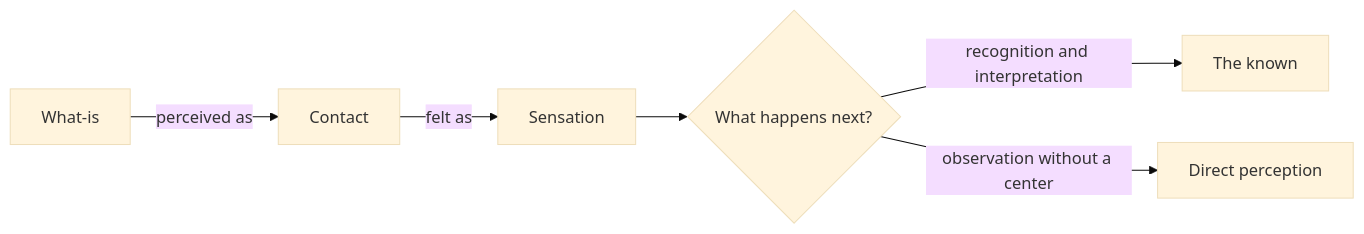
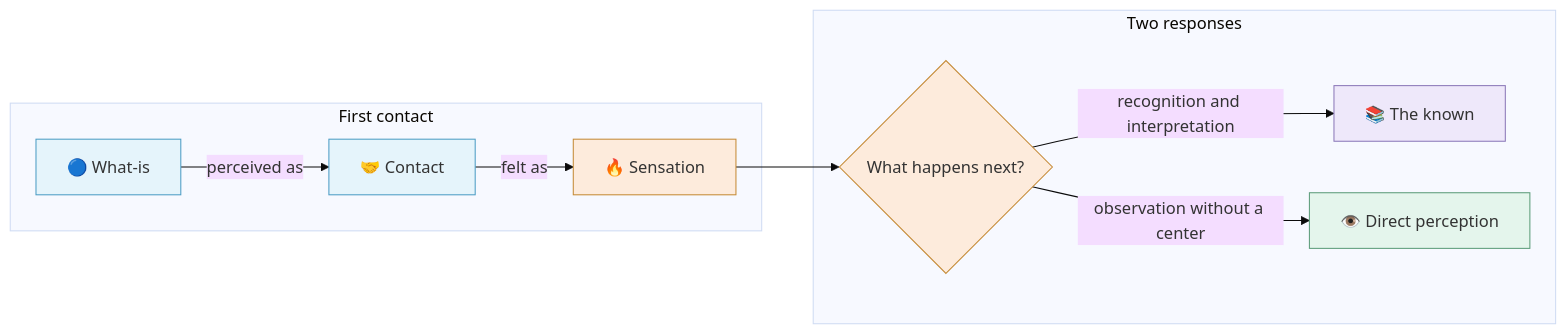
The third of 11 diagrams in _posts/2026-09-08-architecture-of-the-mind-krishnamurti.md (enogrob/enogrob.github.io), drawn with Mermaid (base theme) before and after one commit. The commit also changed other lines of this file, not shown here.

````diff
--- a/_posts/2026-09-08-architecture-of-the-mind-krishnamurti.md
+++ b/_posts/2026-09-08-architecture-of-the-mind-krishnamurti.md
@@ -63,8 +145,20 @@
 ```mermaid!
 flowchart LR
-    A["What-is"] -->|perceived as| B["Contact"]
-    B -->|felt as| C["Sensation"]
+    subgraph CONTACT[First contact]
+      A["🔵 What-is"] -->|perceived as| B["🤝 Contact"]
+      B -->|felt as| C["🔥 Sensation"]
+    end
     C --> D{"What happens next?"}
-    D -->|recognition and interpretation| E["The known"]
-    D -->|observation without a center| F["Direct perception"]
+    subgraph RESPONSES[Two responses]
+      D -->|recognition and interpretation| E["📚 The known"]
+      D -->|observation without a center| F["👁️ Direct perception"]
+    end
+    classDef fact fill:#e5f4fb,stroke:#4b9cc4,stroke-width:1px
+    classDef sensation fill:#fdebdc,stroke:#c58a35,stroke-width:1px
+    classDef known fill:#eee8fa,stroke:#8b78b8,stroke-width:1px
+    classDef direct fill:#e4f5ec,stroke:#5b9b78,stroke-width:1px
+    class A,B fact
+    class C,D sensation
+    class E known
+    class F direct
 ```
````
